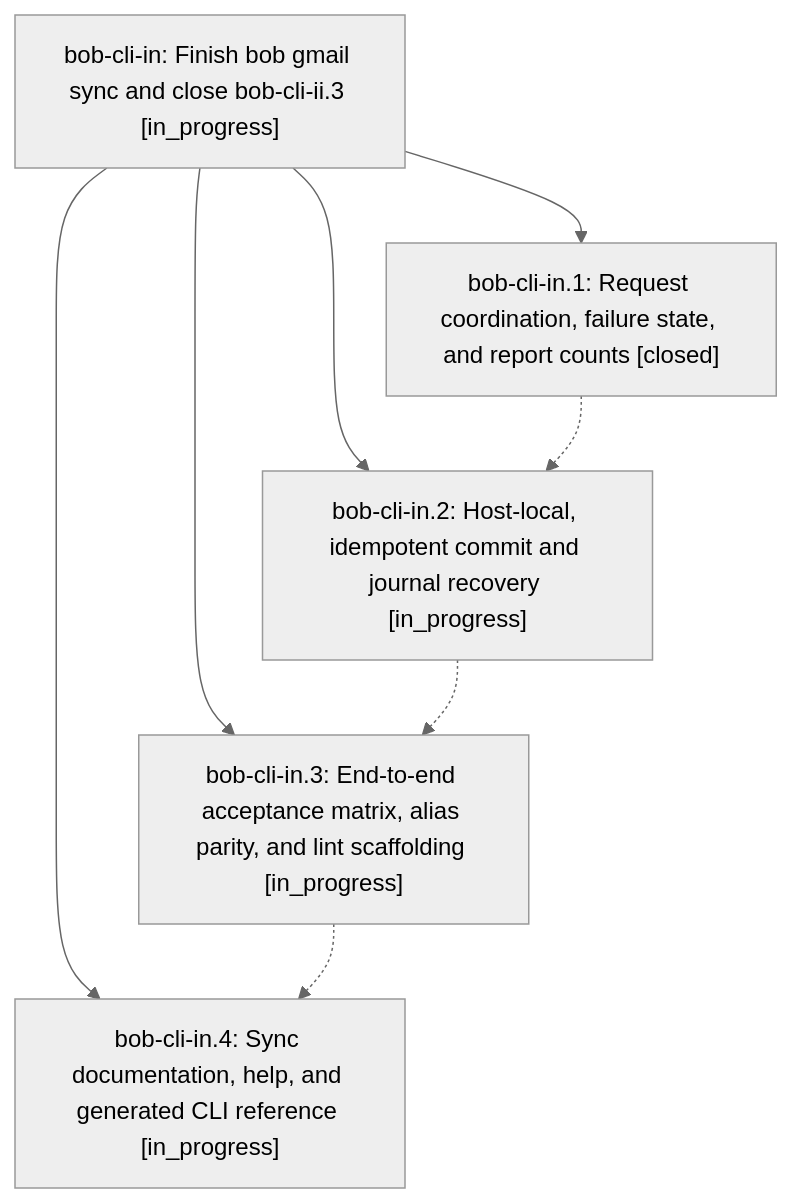
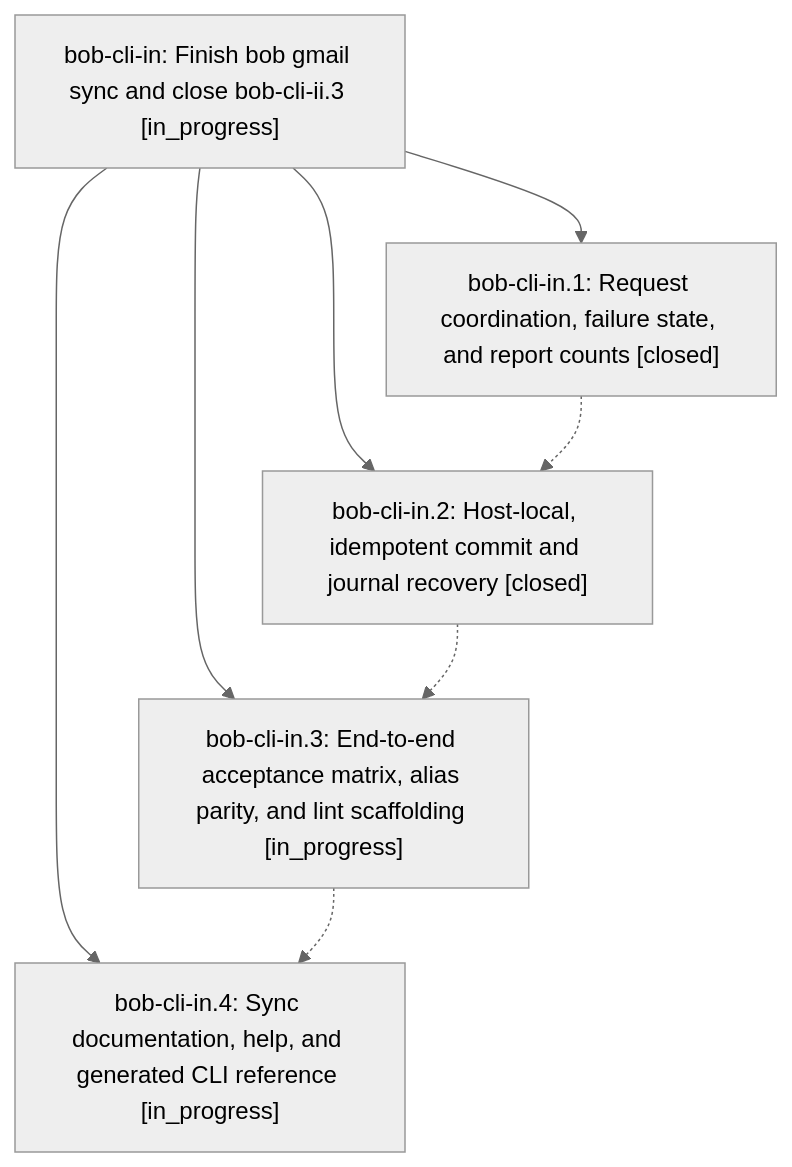
Before and after one commit to bobs-org/bob-cli--beads: the diagram in pages/bob-cli-in/README.md, drawn with Mermaid (neutral theme). The commit also changed other lines of this file and 3 other files, not shown here.

First line of the commit message:
chore(beads): sync bead state and pages for bob-cli-in

````diff
--- a/pages/bob-cli-in/README.md
+++ b/pages/bob-cli-in/README.md
@@ -37,15 +37,15 @@
 ```mermaid
 flowchart TD
     n0["bob-cli-in: Finish bob gmail sync and close bob-cli-ii.3 [in_progress]"]
     n1["bob-cli-in.1: Request coordination, failure state, and report counts [closed]"]
-    n2["bob-cli-in.2: Host-local, idempotent commit and journal recovery [in_progress]"]
+    n2["bob-cli-in.2: Host-local, idempotent commit and journal recovery [closed]"]
     n3["bob-cli-in.3: End-to-end acceptance matrix, alias parity, and lint scaffolding [in_progress]"]
     n4["bob-cli-in.4: Sync documentation, help, and generated CLI reference [in_progress]"]
     n0 --> n1
     n0 --> n2
     n0 --> n3
     n0 --> n4
     n1 -.-> n2
     n2 -.-> n3
     n3 -.-> n4
 ```
````
